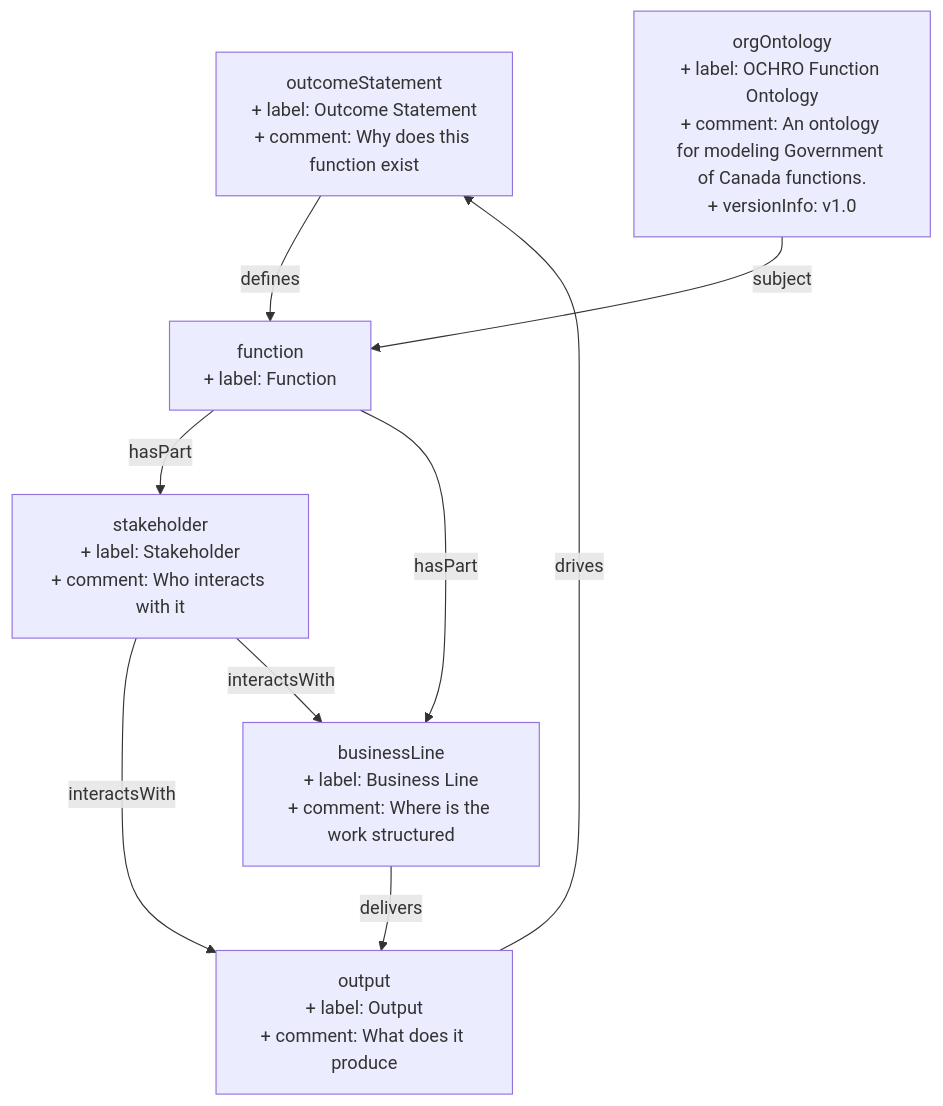
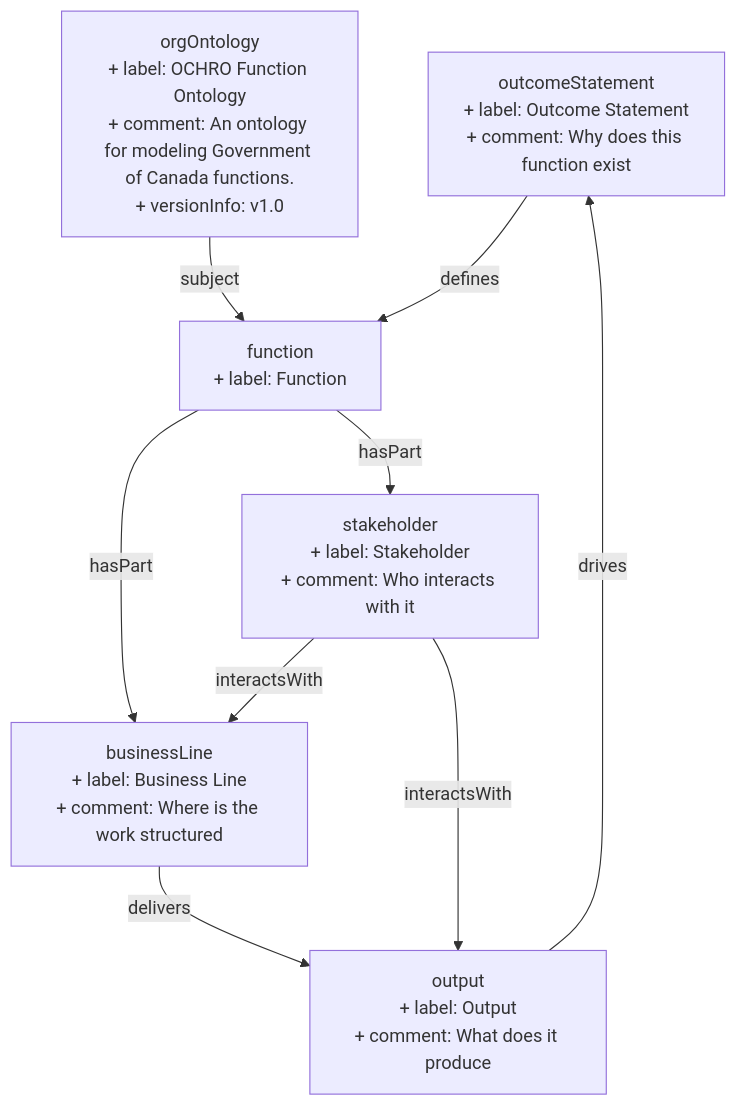
The diagram in content/outcomeStatement.md (heidingaway/heidi2), drawn with Mermaid before and after one commit. The commit also changed other lines of this file and 5 other files, not shown here.

````diff
--- a/content/outcomeStatement.md
+++ b/content/outcomeStatement.md
@@ -43,17 +22,17 @@
 ```mermaid
 graph TD
   outcomeStatement["outcomeStatement<br>+ label: Outcome Statement<br>+ comment: Why does this function exist"]:::current-page-node
   function["function<br>+ label: Function"]
   output["output<br>+ label: Output<br>+ comment: What does it produce"]
   stakeholder["stakeholder<br>+ label: Stakeholder<br>+ comment: Who interacts with it"]
   businessLine["businessLine<br>+ label: Business Line<br>+ comment: Where is the work structured"]
   orgOntology["orgOntology<br>+ label: OCHRO Function Ontology<br>+ comment: An ontology for modeling Government of Canada functions.<br>+ versionInfo: v1.0"]
+  orgOntology-->|" subject "|function
+  businessLine-->|" delivers "|output
+  output-->|" drives "|outcomeStatement
+  function-->|" hasPart "|businessLine
+  stakeholder-->|" interactsWith "|output
+  stakeholder-->|" interactsWith "|businessLine
+  outcomeStatement-->|" defines "|function
   function-->|" hasPart "|stakeholder
-  stakeholder-->|" interactsWith "|output
-  businessLine-->|" delivers "|output
-  function-->|" hasPart "|businessLine
-  outcomeStatement-->|" defines "|function
-  output-->|" drives "|outcomeStatement
-  stakeholder-->|" interactsWith "|businessLine
-  orgOntology-->|" subject "|function
 ```
````
